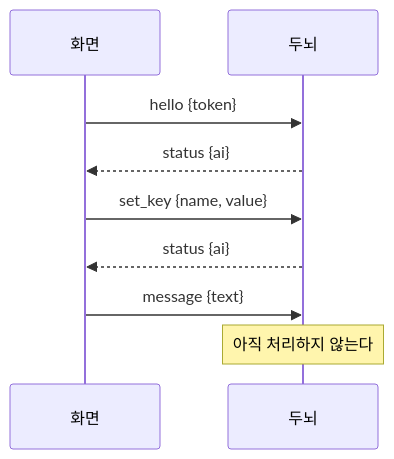
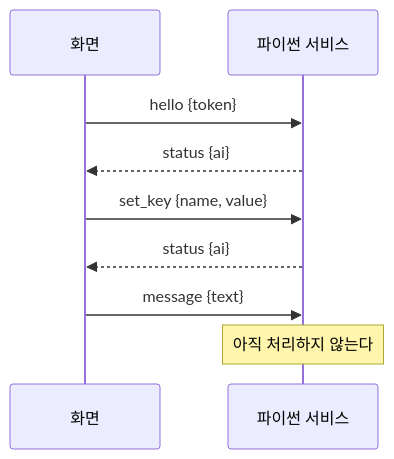
Before and after one commit to HEOSEONGILml/AssistantChatBot: the diagram in docs/brain-protocol.md, drawn with Mermaid. The commit also changed other lines of this file and 15 other files, not shown here.

Commit message:
docs: '두뇌'라는 표현을 없애고 '파이썬 서비스'로 부른다

````diff
--- a/docs/brain-protocol.md
+++ b/docs/brain-protocol.md
@@ -12,11 +12,11 @@
 ```mermaid
 sequenceDiagram
   participant S as 화면
-  participant B as 두뇌
+  participant B as 파이썬 서비스
   S->>B: hello {token}
   B-->>S: status {ai}
   S->>B: set_key {name, value}
   B-->>S: status {ai}
   S->>B: message {text}
   Note over B: 아직 처리하지 않는다
 ```
````
